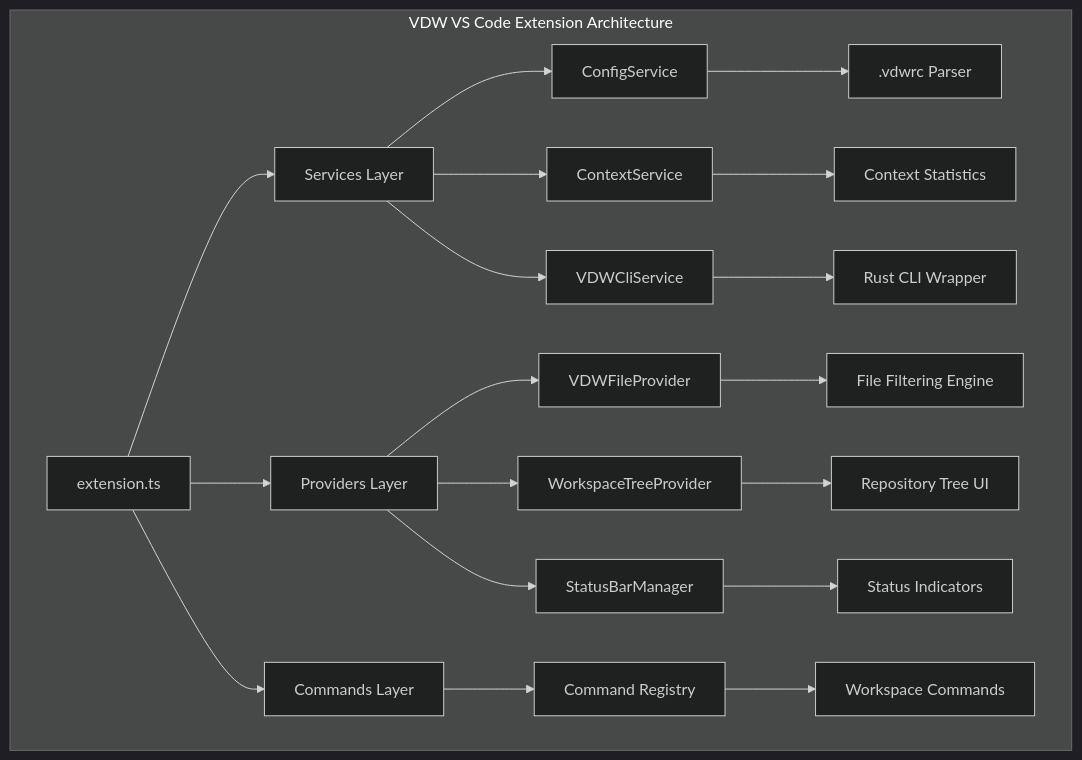
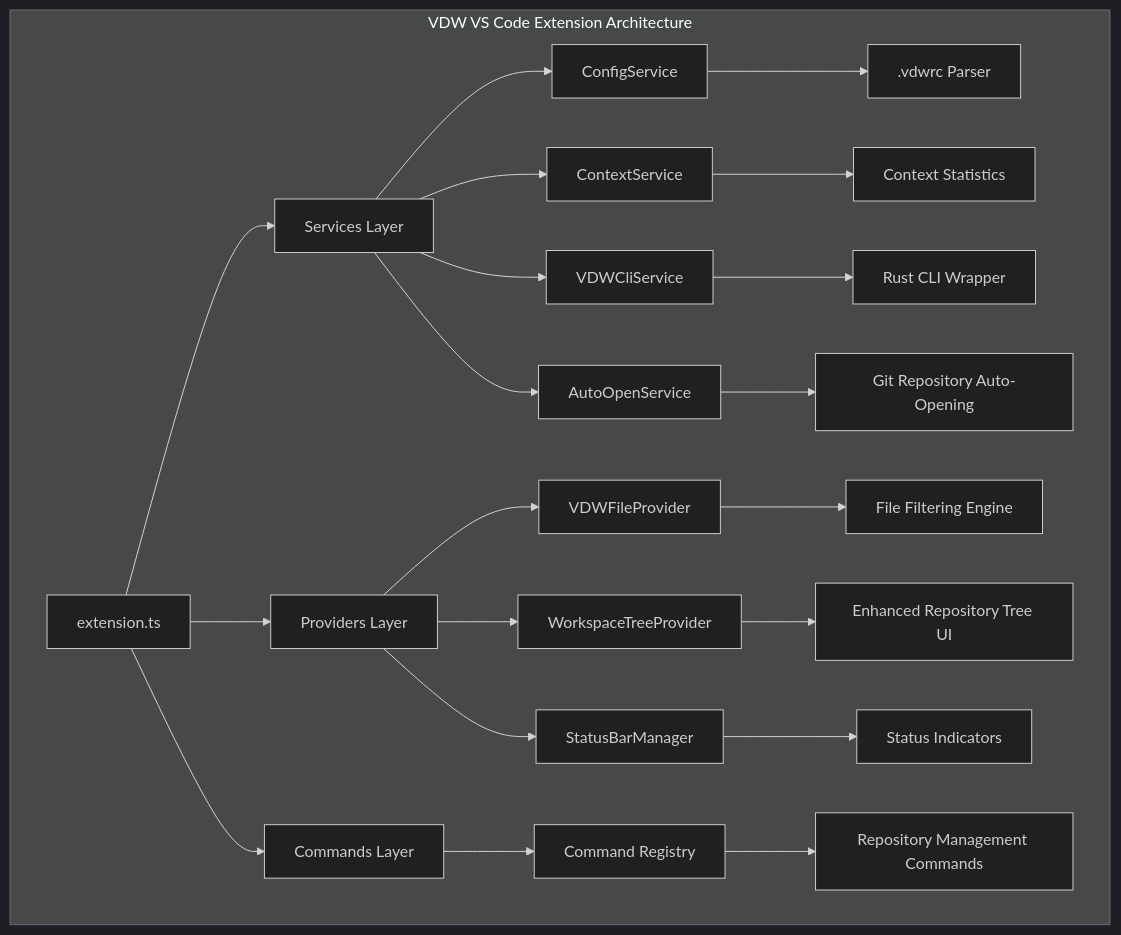
Before and after one commit to HWH-2019/vdw: the first of 6 diagrams in .qoder/repowiki/en/content/Core Features Documentation/VS Code Plugin Bridge & IDE Integration.md, drawn with Mermaid (dark theme). The commit also changed other lines of this file and 12 other files, not shown here.

````diff
--- a/.qoder/repowiki/en/content/Core Features Documentation/VS Code Plugin Bridge & IDE Integration.md
+++ b/.qoder/repowiki/en/content/Core Features Documentation/VS Code Plugin Bridge & IDE Integration.md
@@ -48,22 +54,24 @@
 ```mermaid
 graph TB
 subgraph "VDW VS Code Extension Architecture"
 A[extension.ts] --> B[Services Layer]
 A --> C[Providers Layer]
 A --> D[Commands Layer]
 B --> E[ConfigService]
 B --> F[ContextService]
 B --> G[VDWCliService]
-C --> H[VDWFileProvider]
-C --> I[WorkspaceTreeProvider]
-C --> J[StatusBarManager]
-D --> K[Command Registry]
-E --> L[.vdwrc Parser]
-F --> M[Context Statistics]
-G --> N[Rust CLI Wrapper]
-H --> O[File Filtering Engine]
-I --> P[Repository Tree UI]
-J --> Q[Status Indicators]
-K --> R[Workspace Commands]
+B --> H[AutoOpenService]
+C --> I[VDWFileProvider]
+C --> J[WorkspaceTreeProvider]
+C --> K[StatusBarManager]
+D --> L[Command Registry]
+E --> M[.vdwrc Parser]
+F --> N[Context Statistics]
+G --> O[Rust CLI Wrapper]
+H --> P[Git Repository Auto-Opening]
+I --> Q[File Filtering Engine]
+J --> R[Enhanced Repository Tree UI]
+K --> S[Status Indicators]
+L --> T[Repository Management Commands]
 end
 ```
````
